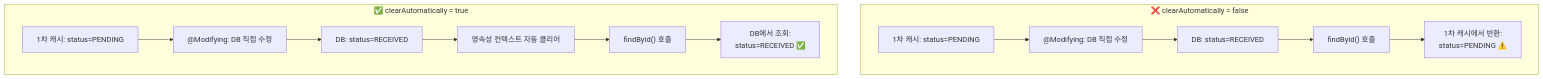
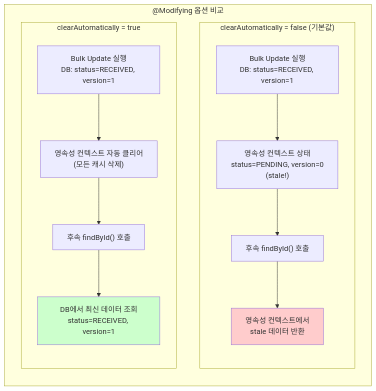
One commit to jiwon11/jiwon11.github.io changed the sixth of 11 diagrams in _posts/2025-01-23-spring-jpa-bulk-reward-concurrency-control.md. Above: the diagram before and after it, drawn with Mermaid. The commit also changed other lines of this file and 4 other files, not shown here.

````diff
--- a/_posts/2025-01-23-spring-jpa-bulk-reward-concurrency-control.md
+++ b/_posts/2025-01-23-spring-jpa-bulk-reward-concurrency-control.md
@@ -405,17 +563,26 @@
 ```mermaid
 graph TB
-    subgraph Problem["❌ clearAutomatically = false"]
-        P1["1차 캐시: status=PENDING"] --> P2["@Modifying: DB 직접 수정"]
-        P2 --> P3["DB: status=RECEIVED"]
-        P3 --> P4["findById() 호출"]
-        P4 --> P5["1차 캐시에서 반환:<br/>status=PENDING ⚠️"]
-    end
+    subgraph "@Modifying 옵션 비교"
+        direction TB
 
-    subgraph Solution["✅ clearAutomatically = true"]
-        S1["1차 캐시: status=PENDING"] --> S2["@Modifying: DB 직접 수정"]
-        S2 --> S3["DB: status=RECEIVED"]
-        S3 --> S4["영속성 컨텍스트 자동 클리어"]
-        S4 --> S5["findById() 호출"]
-        S5 --> S6["DB에서 조회:<br/>status=RECEIVED ✅"]
+        subgraph "clearAutomatically = false (기본값)"
+            direction TB
+            CA1["Bulk Update 실행<br/>DB: status=RECEIVED, version=1"]
+            CA2["영속성 컨텍스트 상태<br/>status=PENDING, version=0<br/>(stale!)"]
+            CA3["후속 findById() 호출"]
+            CA4["영속성 컨텍스트에서<br/>stale 데이터 반환"]
+            CA1 --> CA2 --> CA3 --> CA4
+            style CA4 fill:#ffcccc
+        end
+
+        subgraph "clearAutomatically = true"
+            direction TB
+            CB1["Bulk Update 실행<br/>DB: status=RECEIVED, version=1"]
+            CB2["영속성 컨텍스트 자동 클리어<br/>(모든 캐시 삭제)"]
+            CB3["후속 findById() 호출"]
+            CB4["DB에서 최신 데이터 조회<br/>status=RECEIVED, version=1"]
+            CB1 --> CB2 --> CB3 --> CB4
+            style CB4 fill:#ccffcc
+        end
     end
 ```
````
